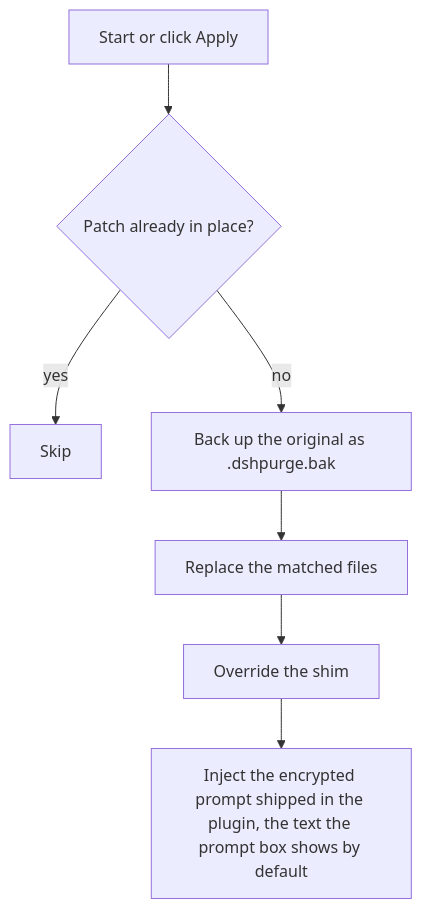
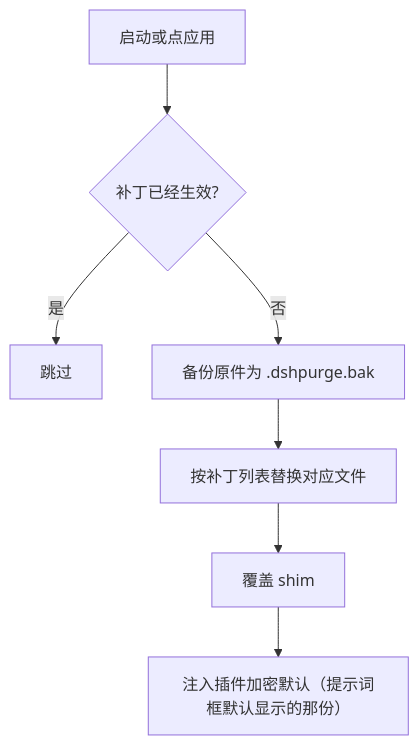
One commit to xunnychen/dsh-purge changed the first of 4 diagrams in README.md. Above: the diagram before and after it, drawn with Mermaid. The commit also changed other lines of this file and 4 other files, not shown here.

````diff
--- a/README.md
+++ b/README.md
@@ -484,9 +509,9 @@
 ```mermaid
 flowchart TD
-  A["Start or click Apply"] --> B{"Patch already in place?"}
-  B -->|yes| C["Skip"]
-  B -->|no| D["Back up the original as .dshpurge.bak"]
-  D --> E["Replace the matched files"]
-  E --> F["Override the shim"]
-  F --> G["Inject the encrypted prompt shipped in the plugin, the text the prompt box shows by default"]
+  A["启动或点应用"] --> B{"补丁已经生效?"}
+  B -->|是| C["跳过"]
+  B -->|否| D["备份原件为 .dshpurge.bak"]
+  D --> E["按补丁列表替换对应文件"]
+  E --> F["覆盖 shim"]
+  F --> G["注入插件加密默认（提示词框默认显示的那份）"]
 ```
````
